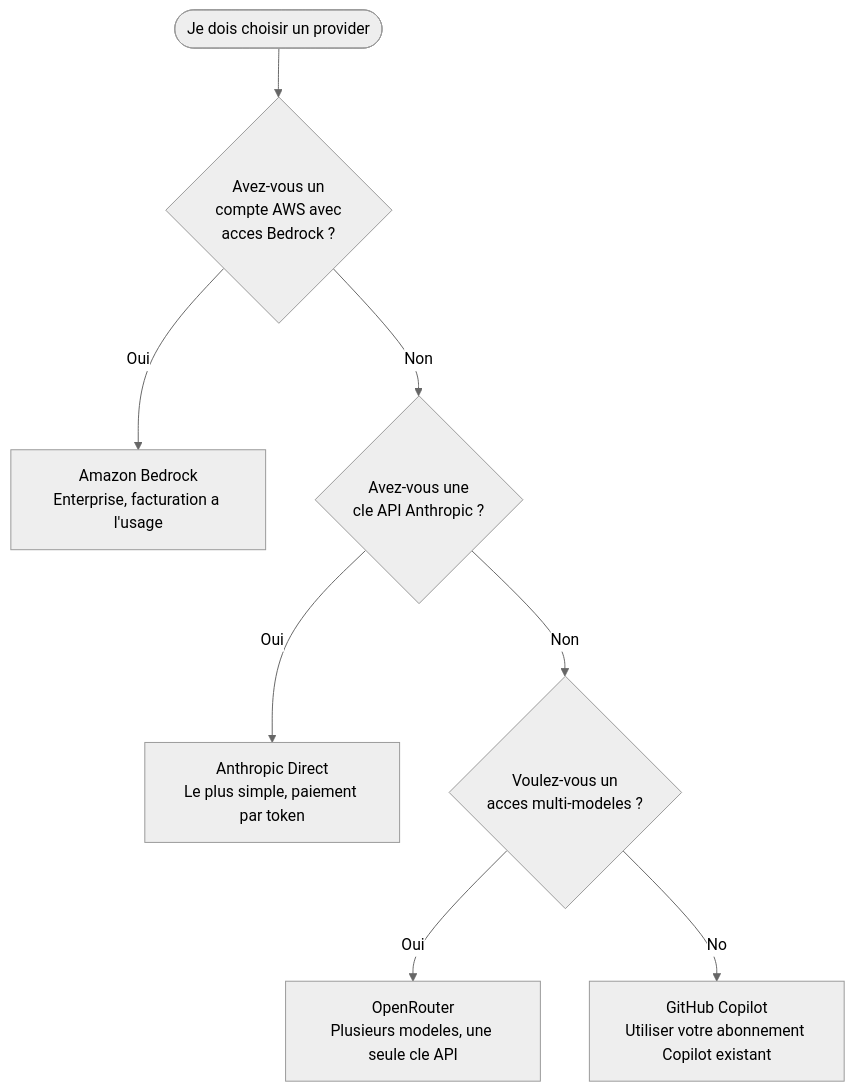
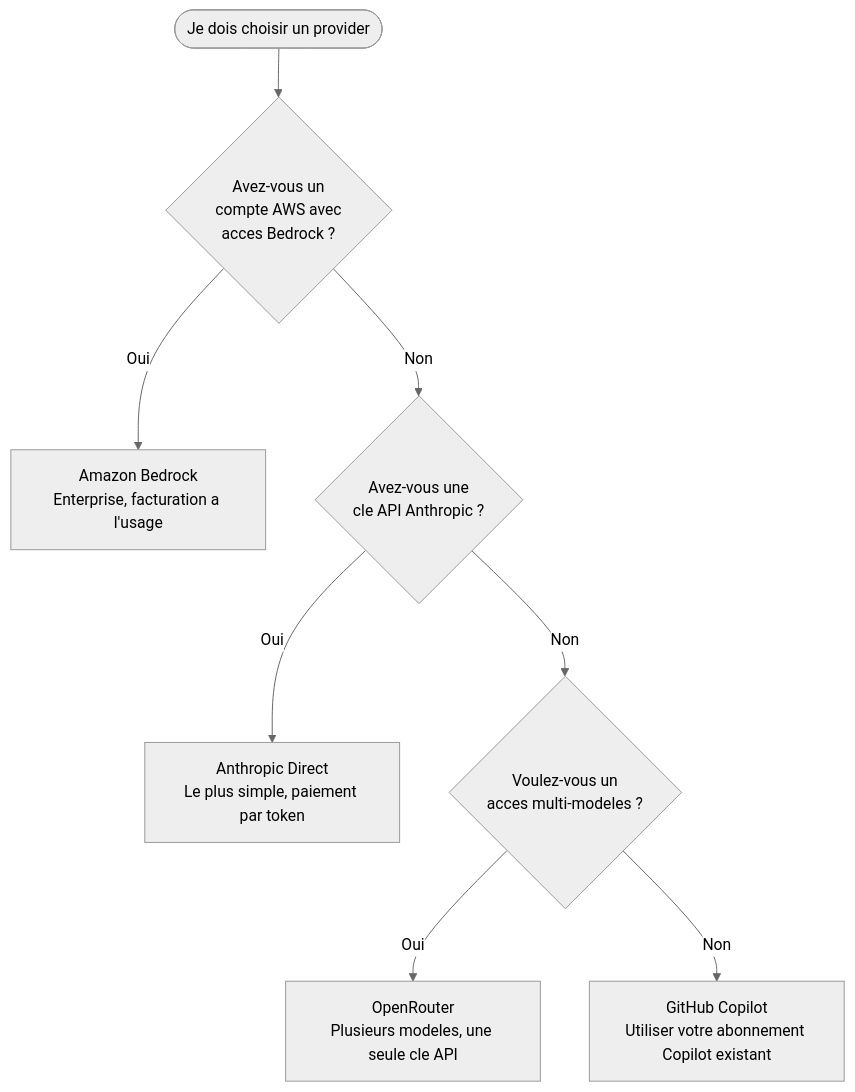
One commit to datichb/openhub changed the diagram in docs/guides/tutorial.fr.md. Above: the diagram before and after it, drawn with Mermaid (neutral theme). The commit also changed other lines of this file and 7 other files, not shown here.

````diff
--- a/docs/guides/tutorial.fr.md
+++ b/docs/guides/tutorial.fr.md
@@ -22,10 +21,10 @@
 ```mermaid
 flowchart TD
     Start([Je dois choisir un provider]) --> Q1{Avez-vous un<br/>compte AWS avec<br/>acces Bedrock ?}
     Q1 -->|Oui| Bedrock[Amazon Bedrock<br/>Enterprise, facturation a l'usage]
     Q1 -->|Non| Q2{Avez-vous une<br/>cle API Anthropic ?}
     Q2 -->|Oui| Anthropic[Anthropic Direct<br/>Le plus simple, paiement par token]
     Q2 -->|Non| Q3{Voulez-vous un<br/>acces multi-modeles ?}
     Q3 -->|Oui| OpenRouter[OpenRouter<br/>Plusieurs modeles, une seule cle API]
-    Q3 -->|No| Copilot[GitHub Copilot<br/>Utiliser votre abonnement Copilot existant]
+    Q3 -->|Non| Copilot[GitHub Copilot<br/>Utiliser votre abonnement Copilot existant]
 ```
````
